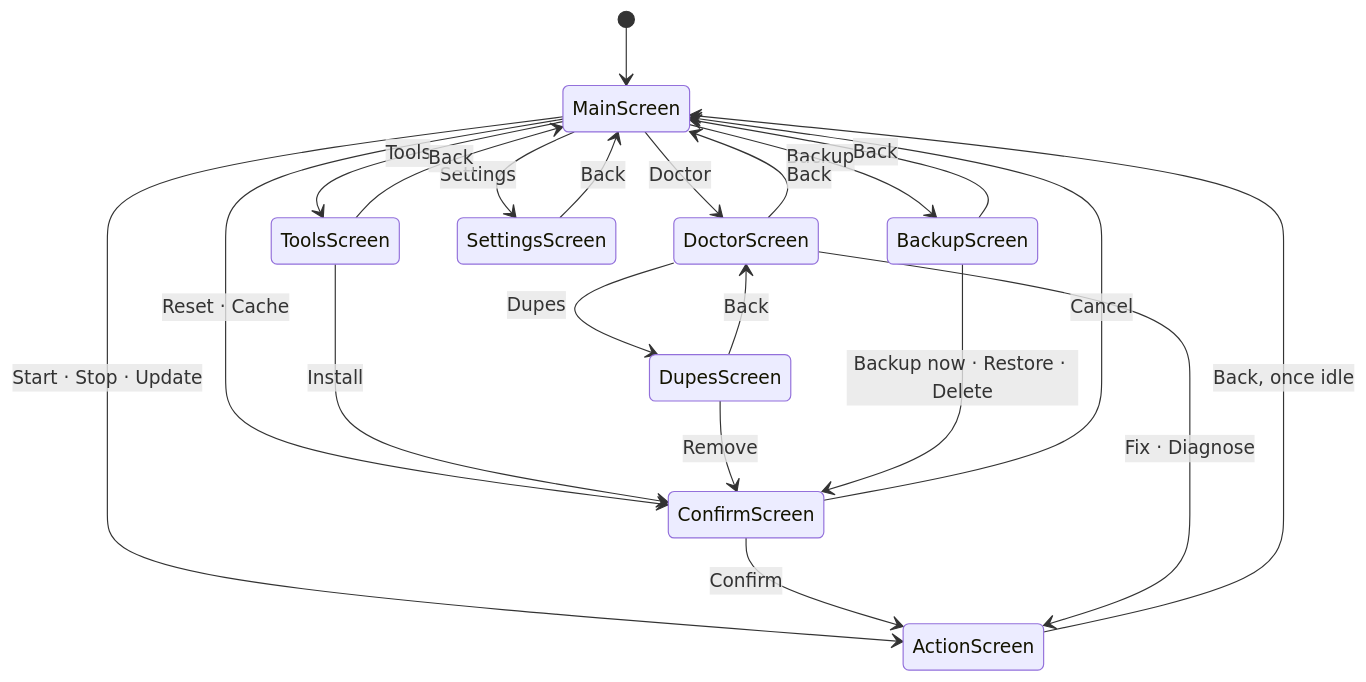
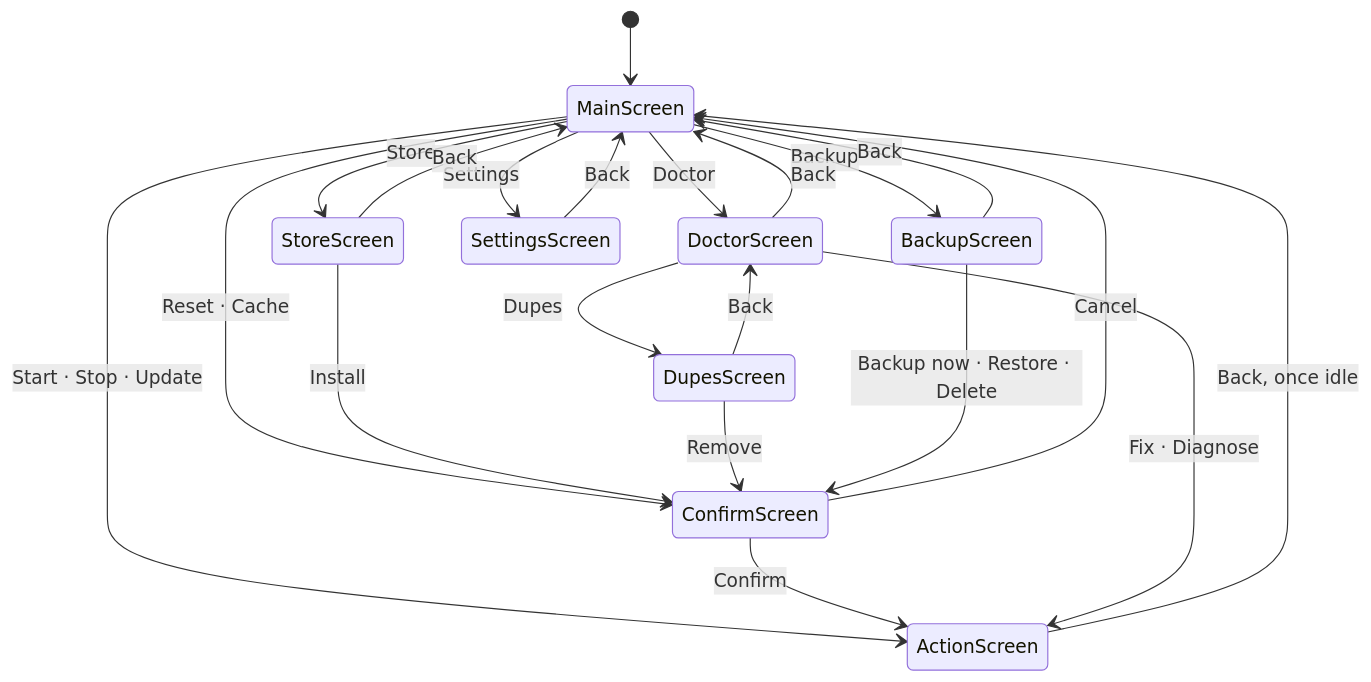
One commit to arinadi/XLabs changed the second of 3 diagrams in README.md. Above: the diagram before and after it, drawn with Mermaid. The commit also changed other lines of this file and 3 other files, not shown here.

First line of the commit message:
rename: Tools -> Store

````diff
--- a/README.md
+++ b/README.md
@@ -148,28 +148,28 @@
 ```mermaid
 stateDiagram-v2
     [*] --> MainScreen
 
     MainScreen --> ActionScreen: Start · Stop · Update
     MainScreen --> DoctorScreen: Doctor
-    MainScreen --> ToolsScreen: Tools
+    MainScreen --> StoreScreen: Store
     MainScreen --> BackupScreen: Backup
     MainScreen --> SettingsScreen: Settings
     MainScreen --> ConfirmScreen: Reset · Cache
 
-    ToolsScreen --> ConfirmScreen: Install
+    StoreScreen --> ConfirmScreen: Install
     DoctorScreen --> DupesScreen: Dupes
     DupesScreen --> ConfirmScreen: Remove
     BackupScreen --> ConfirmScreen: Backup now · Restore · Delete
 
     ConfirmScreen --> MainScreen: Cancel
     ConfirmScreen --> ActionScreen: Confirm
 
     DoctorScreen --> ActionScreen: Fix · Diagnose
 
-    ToolsScreen --> MainScreen: Back
+    StoreScreen --> MainScreen: Back
     DoctorScreen --> MainScreen: Back
     DupesScreen --> DoctorScreen: Back
     BackupScreen --> MainScreen: Back
     SettingsScreen --> MainScreen: Back
     ActionScreen --> MainScreen: Back, once idle
 ```
````
